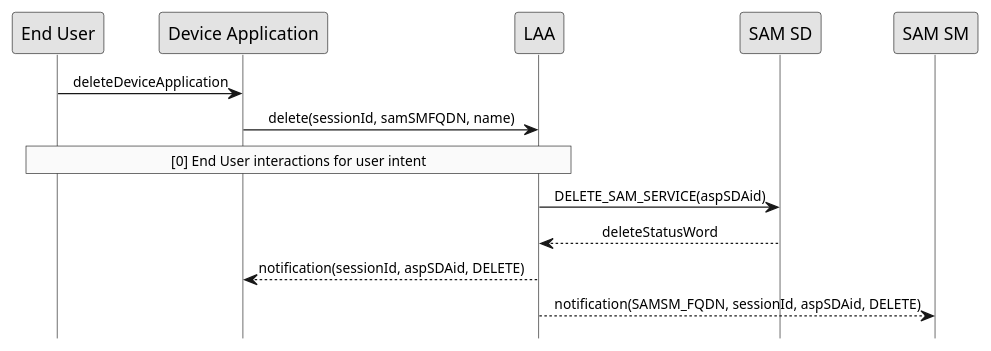
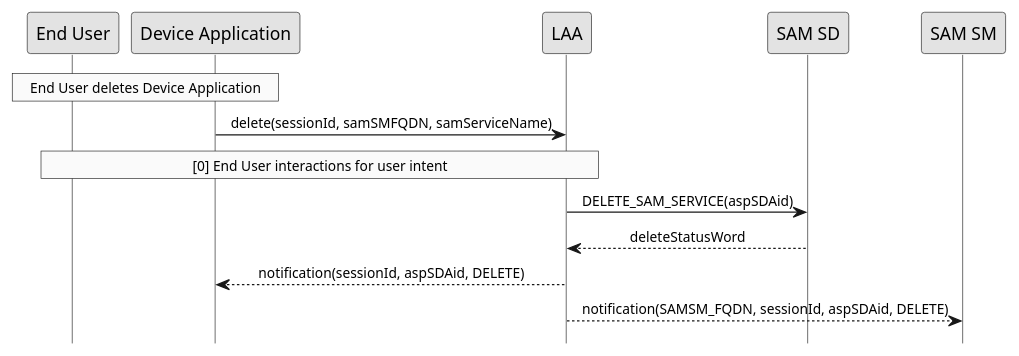
Before and after one commit to gaelrgerard/laa: the diagram in doc/uml/delete-device-app.pu, drawn with PlantUML. The commit also changed 1 other file, not shown here.

Commit message:
update delete diag

```diff
--- a/doc/uml/delete-device-app.pu
+++ b/doc/uml/delete-device-app.pu
@@ -1,24 +1,27 @@
 @startuml
 
 hide footbox
 skinparam sequenceMessageAlign center
 skinparam sequenceArrowFontSize 11
 skinparam noteFontSize 11
 skinparam monochrome true
 skinparam lifelinestrategy solid
  
-"End User" -> "Device Application" : deleteDeviceApplication
-"Device Application" -> LAA : delete(sessionId, samSMFQDN, name)
+rnote over "End User", "Device Application"
+     End User deletes Device Application
+end rnote
+
+"Device Application" -> LAA : delete(sessionId, samSMFQDN, samServiceName)
 
 rnote over "LAA", "End User"
      [0] End User interactions for user intent
 end rnote
  
 "LAA" -> "SAM SD" : DELETE_SAM_SERVICE(aspSDAid) 
 "SAM SD" --> LAA : deleteStatusWord
 
  
 LAA --> "Device Application" : notification(sessionId, aspSDAid, DELETE)
  
 LAA --> "SAM SM" : notification(SAMSM_FQDN, sessionId, aspSDAid, DELETE)
 @enduml
```
